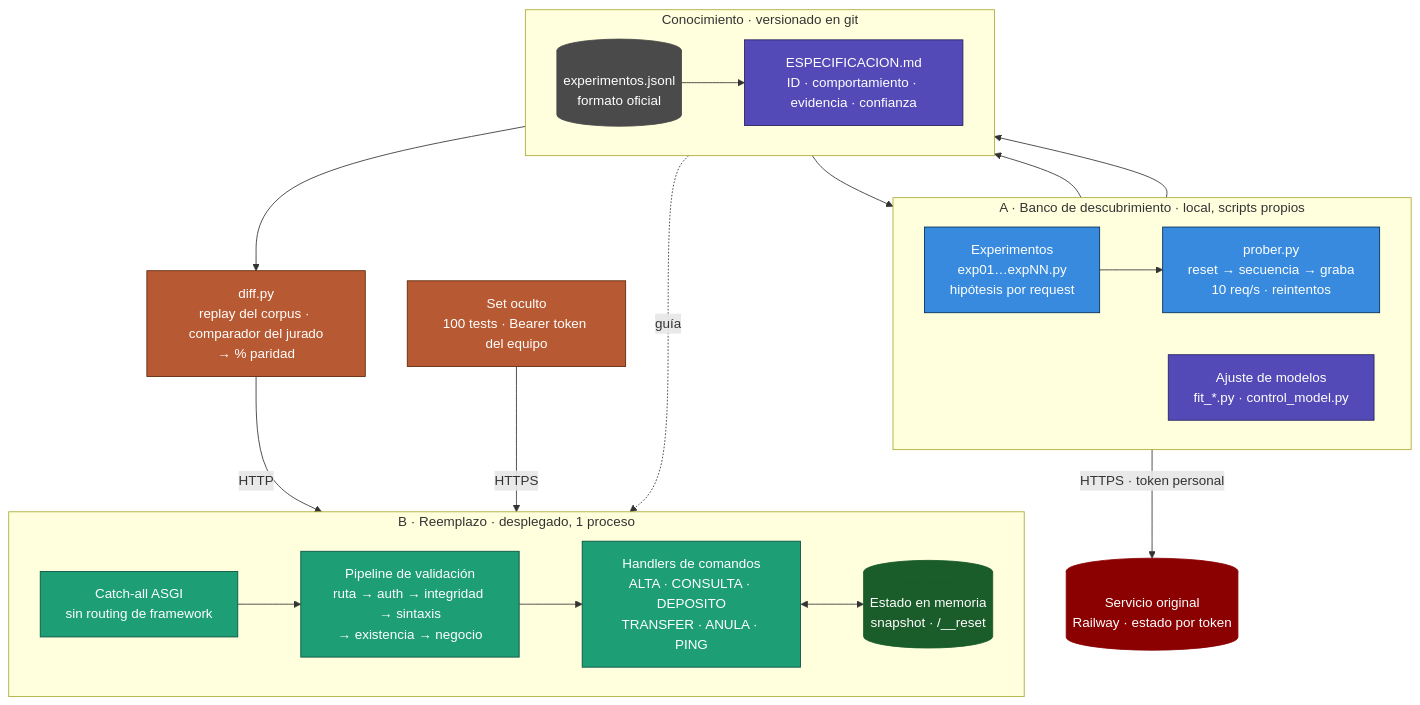
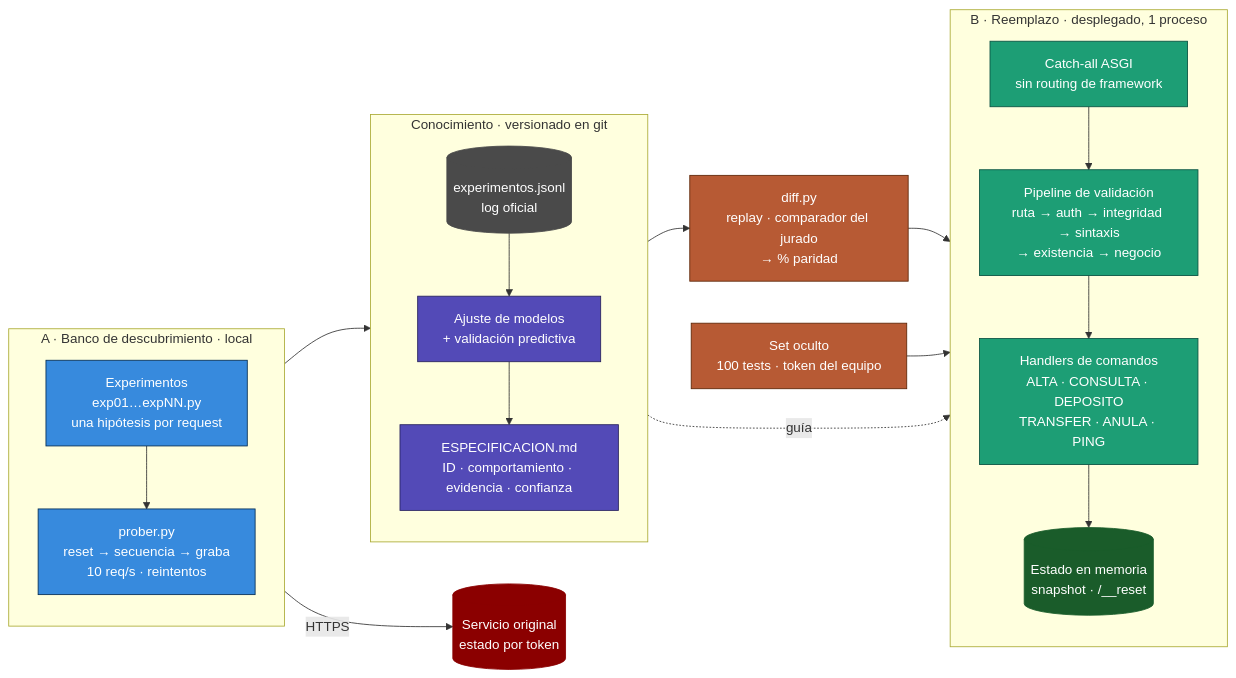
One commit to jorgefajardom-coder/Ai-builders-Hackaton changed the fourth of 6 diagrams in README.md. Above: the diagram before and after it, drawn with Mermaid. The commit also changed other lines of this file and 5 other files, not shown here.

First line of the commit message:
docs: diagramas sin superposiciones y con flujo animado

````diff
--- a/README.md
+++ b/README.md
@@ -604,54 +601,51 @@
 ```mermaid
-graph TB
-    subgraph BENCH["A · Banco de descubrimiento  ·  local, scripts propios"]
-        direction LR
-        EXP["Experimentos\nexp01…expNN.py\nhipótesis por request"]
-        PRB["prober.py\nreset → secuencia → graba\n10 req/s · reintentos"]
-        FIT["Ajuste de modelos\nfit_*.py · control_model.py"]
+graph LR
+    subgraph BENCH["A · Banco de descubrimiento · local"]
+        direction TB
+        EXP["Experimentos<br/>exp01…expNN.py<br/>una hipótesis por request"]
+        PRB["prober.py<br/>reset → secuencia → graba<br/>10 req/s · reintentos"]
         EXP --> PRB
     end
 
-    ORIG[("Servicio original\nRailway · estado por token")]
+    ORIG[("Servicio original<br/>estado por token")]
 
-    subgraph KNOW["Conocimiento  ·  versionado en git"]
-        direction LR
-        LOG[("experimentos.jsonl\nformato oficial")]
-        SPEC["ESPECIFICACION.md\nID · comportamiento · evidencia · confianza"]
-        LOG --> SPEC
+    subgraph KNOW["Conocimiento · versionado en git"]
+        direction TB
+        LOG[("experimentos.jsonl<br/>log oficial")]
+        FIT["Ajuste de modelos<br/>+ validación predictiva"]
+        SPEC["ESPECIFICACION.md<br/>ID · comportamiento · evidencia · confianza"]
+        LOG --> FIT --> SPEC
     end
 
-    subgraph REPL["B · Reemplazo  ·  desplegado, 1 proceso"]
-        direction LR
-        GW["Catch-all ASGI\nsin routing de framework"]
-        PIPE["Pipeline de validación\nruta → auth → integridad → sintaxis\n→ existencia → negocio"]
-        CMD["Handlers de comandos\nALTA · CONSULTA · DEPOSITO\nTRANSFER · ANULA · PING"]
-        ST[("Estado en memoria\nsnapshot · /__reset")]
-        GW --> PIPE --> CMD
-        CMD <--> ST
+    subgraph REPL["B · Reemplazo · desplegado, 1 proceso"]
+        direction TB
+        GW["Catch-all ASGI<br/>sin routing de framework"]
+        PIPE["Pipeline de validación<br/>ruta → auth → integridad → sintaxis<br/>→ existencia → negocio"]
+        CMD["Handlers de comandos<br/>ALTA · CONSULTA · DEPOSITO<br/>TRANSFER · ANULA · PING"]
+        ST[("Estado en memoria<br/>snapshot · /__reset")]
+        GW --> PIPE --> CMD --> ST
     end
 
-    DIFF["diff.py\nreplay del corpus · comparador del jurado\n→ % paridad"]
-    JUDGE["Set oculto\n100 tests · Bearer token del equipo"]
+    DIFF["diff.py<br/>replay · comparador del jurado<br/>→ % paridad"]
+    JUDGE["Set oculto<br/>100 tests · token del equipo"]
 
-    PRB -->|"HTTPS · token personal"| ORIG
+    PRB -->|HTTPS| ORIG
     PRB --> LOG
-    LOG --> FIT
-    FIT --> SPEC
-    SPEC -. guía .-> CMD
+    SPEC -.->|guía| CMD
     LOG --> DIFF
-    DIFF -->|HTTP| GW
-    JUDGE -->|HTTPS| GW
+    DIFF --> GW
+    JUDGE --> GW
 
     style ORIG  fill:#8b0000,stroke:#8b0000,color:#fff
+    style EXP   fill:#378ADD,stroke:#042C53,color:#fff
     style PRB   fill:#378ADD,stroke:#042C53,color:#fff
-    style EXP   fill:#378ADD,stroke:#042C53,color:#fff
+    style LOG   fill:#4a4a4a,stroke:#4a4a4a,color:#fff
     style FIT   fill:#534AB7,stroke:#26215C,color:#fff
-    style LOG   fill:#4a4a4a,stroke:#4a4a4a,color:#fff
     style SPEC  fill:#534AB7,stroke:#26215C,color:#fff
     style GW    fill:#1D9E75,stroke:#085041,color:#fff
     style PIPE  fill:#1D9E75,stroke:#085041,color:#fff
     style CMD   fill:#1D9E75,stroke:#085041,color:#fff
     style ST    fill:#1a5c2a,stroke:#1a5c2a,color:#fff
     style DIFF  fill:#B75A34,stroke:#5C2506,color:#fff
     style JUDGE fill:#B75A34,stroke:#5C2506,color:#fff
 ```
````
